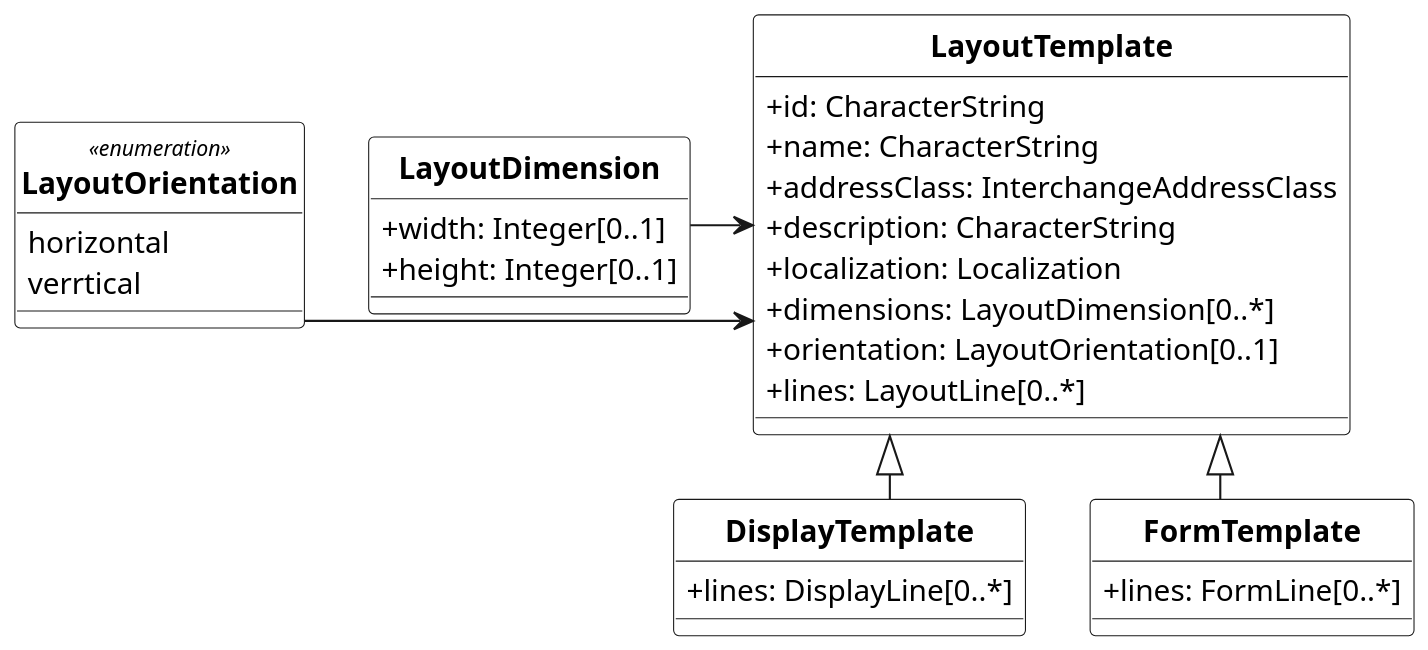
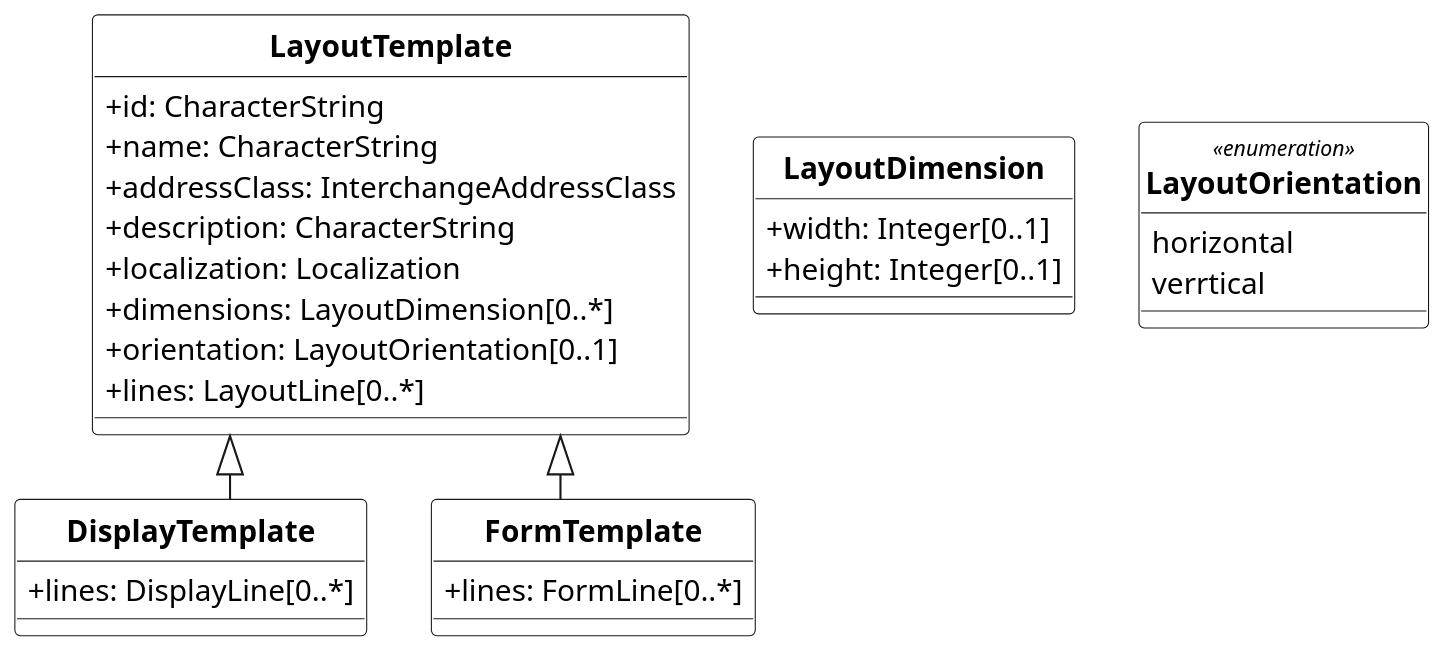
The diagram in models/LayoutTemplate.wsd (CalConnect/csd-digital-addresses), drawn with PlantUML before and after one commit. The commit also changed 6 other files, not shown here.

```diff
--- a/models/LayoutTemplate.wsd
+++ b/models/LayoutTemplate.wsd
@@ -1,89 +1,87 @@
 @startuml LayoutTemplate
 /'
 Diagram:        LayoutTemplate
 DateCreate:     03/05/2019
 Description:
 
 Hystory of changes:
 > DD/MM/YYYY
     -
     -
 '/
 
 '******* CONFIGURATION ************************************************
 skinparam classAttributeIconSize 0
 skinparam Dpi 150
 skinparam Monochrome true
 skinparam LineType ortho
 skinparam nodesep 30
 skinparam ranksep 30
 hide circle
 /' skinparam CircledCharacterRadius 0 '/
 /' skinparam CircledCharacterFontSize 0 '/
 skinparam Default {
 TextAlignment center
 FontName Helvetica
 }
 skinparam Class {
 AttributeIconSize 0
 BackgroundColor White
 FontStyle bold
 StereotypeFontSize 10
 }
 skinparam Rectangle {
 BackgroundColor White
 FontStyle bold
 FontSize 11
 StereotypeFontSize 10
 }
 skinparam Object {
 BackgroundColor White
 FontStyle bold
 FontSize 11
 StereotypeFontSize 10
 }
 
 skinparam Entity {
 StereotypeFontSize 10
 }
 
 '******* CLASS DEFINITION *********************************************
 class LayoutTemplate{
     +id: CharacterString
     +name: CharacterString
     +addressClass: InterchangeAddressClass
     +description: CharacterString
     +localization: Localization
     +dimensions: LayoutDimension[0..*]
     +orientation: LayoutOrientation[0..1]
     +lines: LayoutLine[0..*]
 }
 
 class DisplayTemplate{
     +lines: DisplayLine[0..*]
 }
 
 class FormTemplate{
     +lines: FormLine[0..*]
 }
 
 class LayoutDimension{
     +width: Integer[0..1]
     +height: Integer[0..1]
 }
 
 enum LayoutOrientation <<enumeration>>{
     horizontal
     verrtical
 }
 
 '******* NOTES ********************************************************
 
 
 '******* CLASS RELATIONS **********************************************
 LayoutTemplate <|-- DisplayTemplate
 LayoutTemplate <|-- FormTemplate
-LayoutTemplate <-left- LayoutDimension
-LayoutTemplate <-left- LayoutOrientation
 
 @enduml
```
